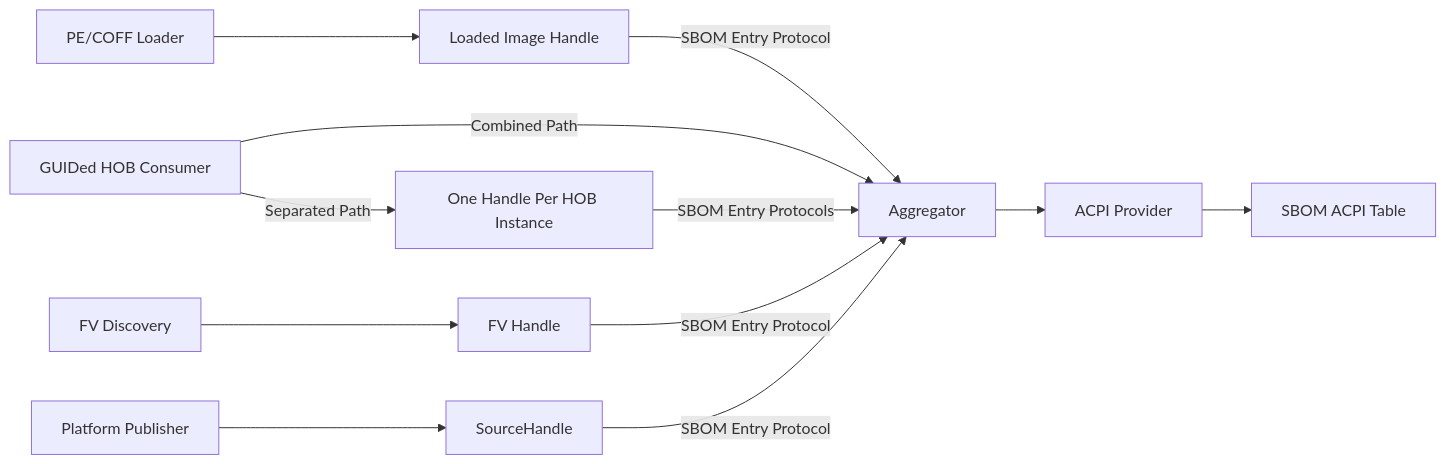
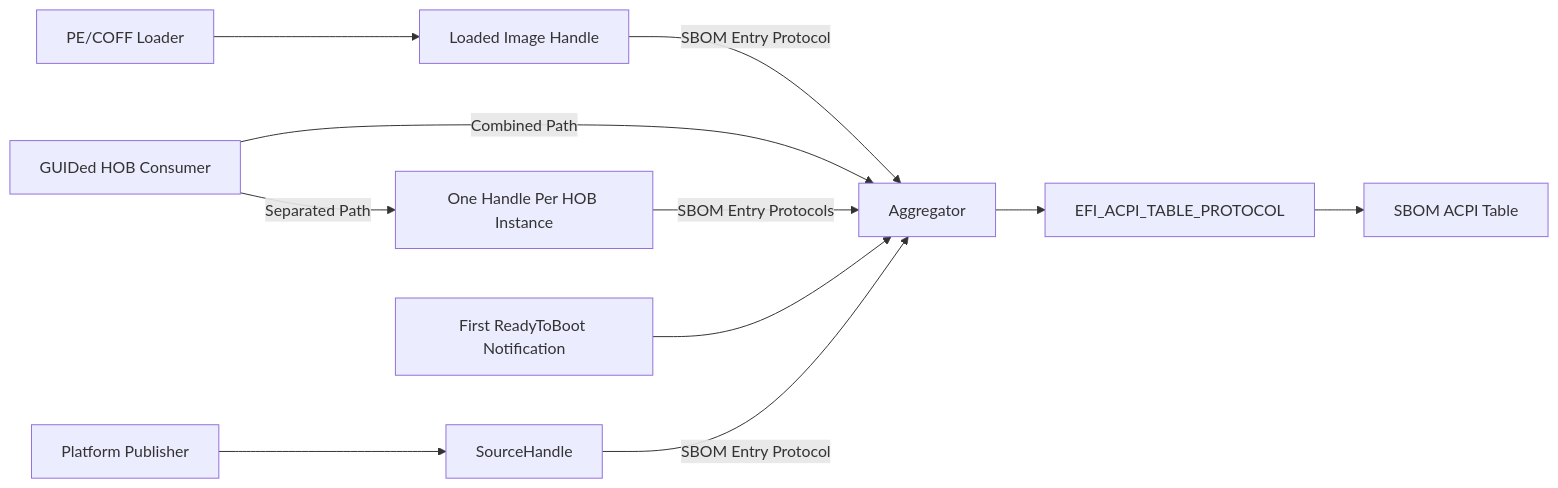
One commit to OpenDevicePartnership/patina changed the diagram in docs/src/rfc/text/0000-sbom-discovery-and-publication.md. Above: the diagram before and after it, drawn with Mermaid. The commit also changed other lines of this file, not shown here.

````diff
--- a/docs/src/rfc/text/0000-sbom-discovery-and-publication.md
+++ b/docs/src/rfc/text/0000-sbom-discovery-and-publication.md
@@ -466,16 +472,15 @@
 ```mermaid
 flowchart LR
     PeLoader[PE/COFF Loader] --> ImageHandle[Loaded Image Handle]
-    FvLoader[FV Discovery] --> FvHandle[FV Handle]
     HobConsumer[GUIDed HOB Consumer] -->|Combined Path| Aggregator
     HobConsumer -->|Separated Path| HobHandles[One Handle Per HOB Instance]
     PlatformPublisher[Platform Publisher] --> SourceHandle
 
     ImageHandle -->|SBOM Entry Protocol| Aggregator
-    FvHandle -->|SBOM Entry Protocol| Aggregator
     HobHandles -->|SBOM Entry Protocols| Aggregator
     SourceHandle -->|SBOM Entry Protocol| Aggregator
 
-    Aggregator --> AcpiProvider[ACPI Provider]
-    AcpiProvider --> AcpiTable[SBOM ACPI Table]
+    ReadyToBoot[First ReadyToBoot Notification] --> Aggregator
+    Aggregator --> AcpiProtocol[EFI_ACPI_TABLE_PROTOCOL]
+    AcpiProtocol --> AcpiTable[SBOM ACPI Table]
 ```
````
